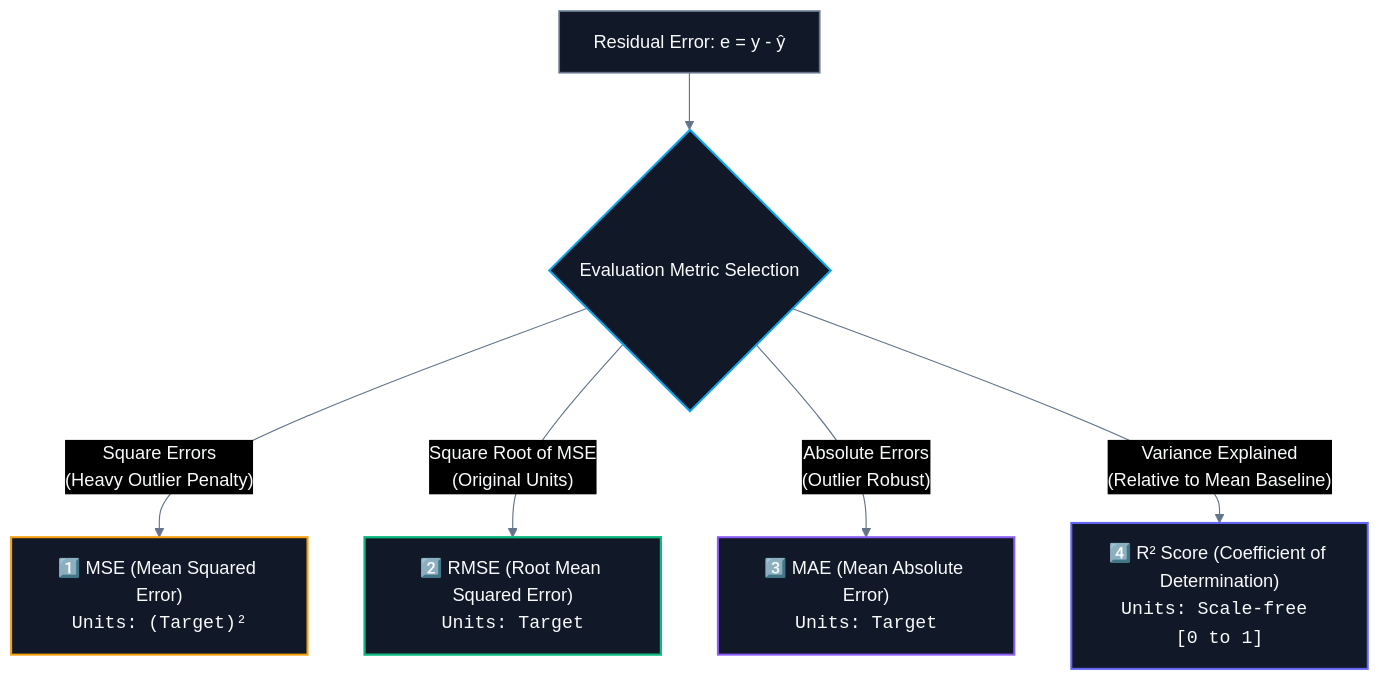
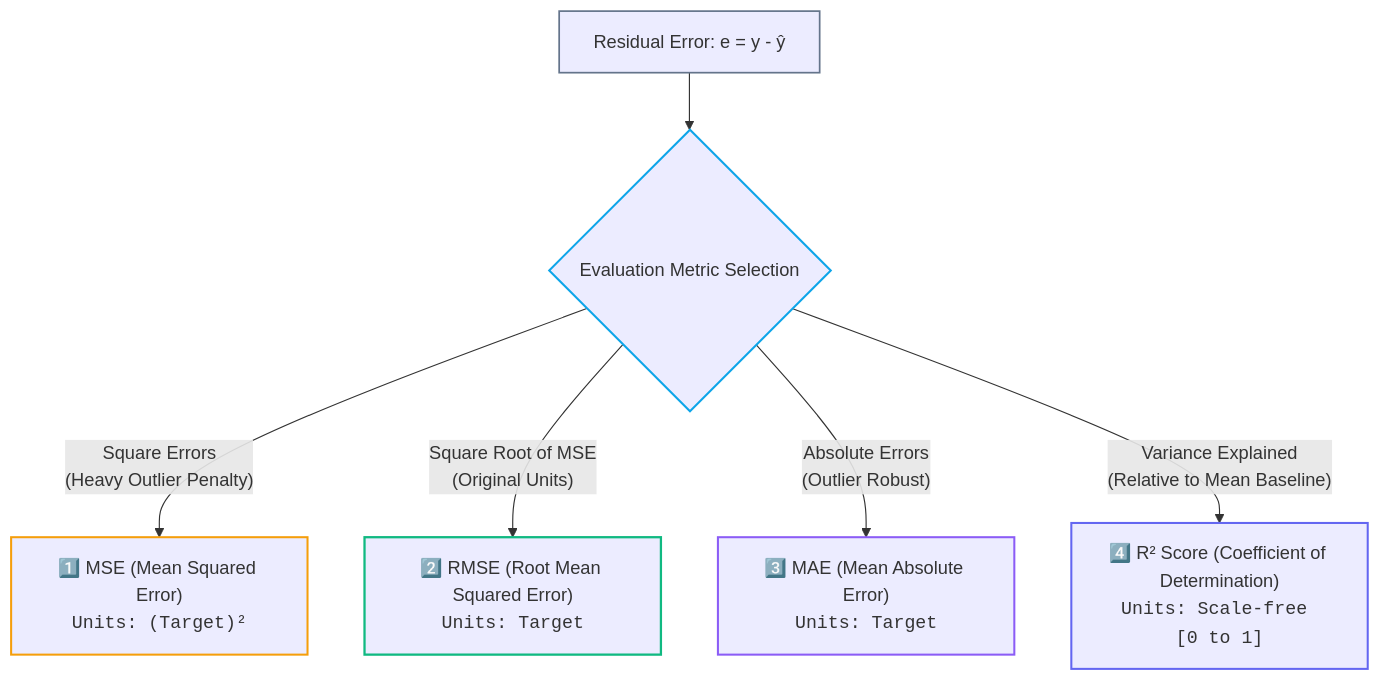
The diagram in CS/AI & ML/01. Classical ML/07. Regression Evaluation Metrics.md (abhinavbharti2345/CS_Notes), drawn with Mermaid before and after one commit. The commit also changed 91 other files, not shown here.

````diff
--- a/CS/AI & ML/01. Classical ML/07. Regression Evaluation Metrics.md
+++ b/CS/AI & ML/01. Classical ML/07. Regression Evaluation Metrics.md
@@ -25,24 +25,23 @@
 ```mermaid
-%%{init: {'theme': 'base', 'themeVariables': { 'darkMode': true, 'background': '#0B0F14', 'mainBkg': '#111827', 'primaryColor': '#111827', 'primaryTextColor': '#F8FAFC', 'primaryBorderColor': '#38BDF8', 'lineColor': '#64748B', 'secondaryColor': '#0B0F14', 'tertiaryColor': '#0B0F14', 'clusterBkg': '#0B0F14', 'clusterBorder': '#38BDF8' }}}%%
 flowchart TD
     Errors["Residual Error: e = y - ŷ"] --> Metrics{"Evaluation Metric Selection"}
     
     Metrics -->|"Square Errors<br/>(Heavy Outlier Penalty)"| MSE["1️⃣ MSE (Mean Squared Error)<br/><code>Units: (Target)²</code>"]
     Metrics -->|"Square Root of MSE<br/>(Original Units)"| RMSE["2️⃣ RMSE (Root Mean Squared Error)<br/><code>Units: Target</code>"]
     Metrics -->|"Absolute Errors<br/>(Outlier Robust)"| MAE["3️⃣ MAE (Mean Absolute Error)<br/><code>Units: Target</code>"]
     Metrics -->|"Variance Explained<br/>(Relative to Mean Baseline)"| R2["4️⃣ R² Score (Coefficient of Determination)<br/><code>Units: Scale-free [0 to 1]</code>"]
 
-    classDef err fill:#111827,stroke:#64748b,stroke-width:1.5px,color:#F8FAFC;
-    classDef opt fill:#111827,stroke:#0ea5e9,stroke-width:1.8px,color:#F8FAFC;
-    classDef mse fill:#111827,stroke:#f59e0b,stroke-width:1.8px,color:#F8FAFC;
-    classDef rmse fill:#111827,stroke:#10b981,stroke-width:2px,color:#F8FAFC;
-    classDef mae fill:#111827,stroke:#8b5cf6,stroke-width:1.8px,color:#F8FAFC;
-    classDef r2 fill:#111827,stroke:#6366f1,stroke-width:1.8px,color:#F8FAFC;
+    classDef err stroke:#64748b,stroke-width:1.5px;
+    classDef opt stroke:#0ea5e9,stroke-width:1.8px;
+    classDef mse stroke:#f59e0b,stroke-width:1.8px;
+    classDef rmse stroke:#10b981,stroke-width:2px;
+    classDef mae stroke:#8b5cf6,stroke-width:1.8px;
+    classDef r2 stroke:#6366f1,stroke-width:1.8px;
 
     class Errors err;
     class Metrics opt;
     class MSE mse;
     class RMSE rmse;
     class MAE mae;
     class R2 r2;
 ```
````
